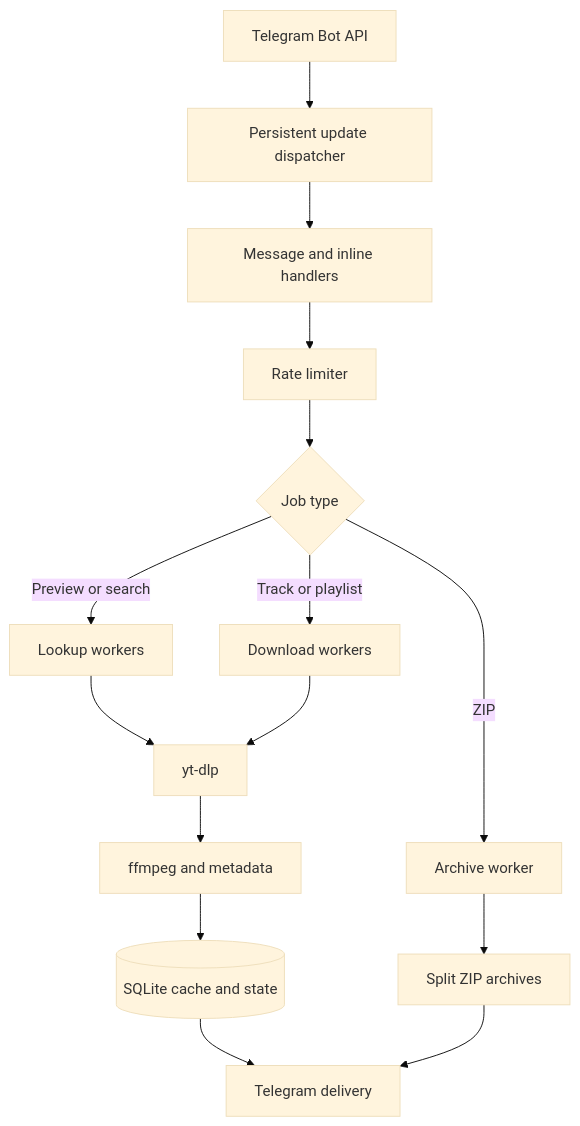
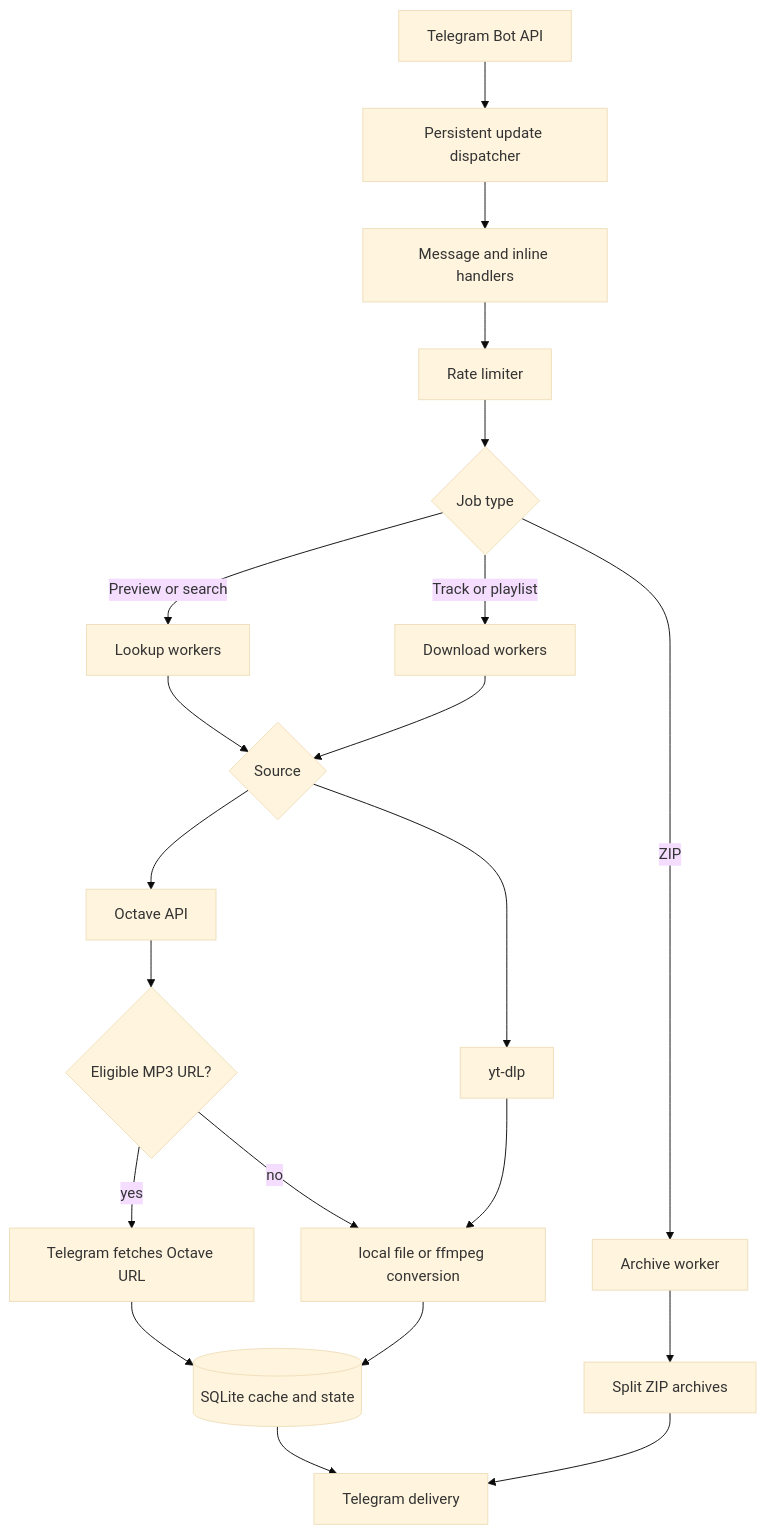
The diagram in docs/architecture.md (v0dol4zik/e6akl4k), drawn with Mermaid (base theme) before and after one commit. The commit also changed other lines of this file and 49 other files, not shown here.

````diff
--- a/docs/architecture.md
+++ b/docs/architecture.md
@@ -5,17 +5,23 @@
 ```mermaid
 flowchart TD
     TG[Telegram Bot API] --> UD[Persistent update dispatcher]
     UD --> H[Message and inline handlers]
     H --> RL[Rate limiter]
     RL --> Q{Job type}
     Q -->|Preview or search| L[Lookup workers]
     Q -->|Track or playlist| D[Download workers]
     Q -->|ZIP| A[Archive worker]
-    L --> Y[yt-dlp]
-    D --> Y
-    Y --> F[ffmpeg and metadata]
-    F --> DB[(SQLite cache and state)]
+    L --> SRC{Source}
+    D --> SRC
+    SRC --> O[Octave API]
+    SRC --> Y[yt-dlp]
+    O --> FAST{Eligible MP3 URL?}
+    FAST -->|yes| TGF[Telegram fetches Octave URL]
+    FAST -->|no| F[local file or ffmpeg conversion]
+    Y --> F
+    TGF --> DB[(SQLite cache and state)]
+    F --> DB
     A --> Z[Split ZIP archives]
     DB --> SEND[Telegram delivery]
     Z --> SEND
 ```
````
